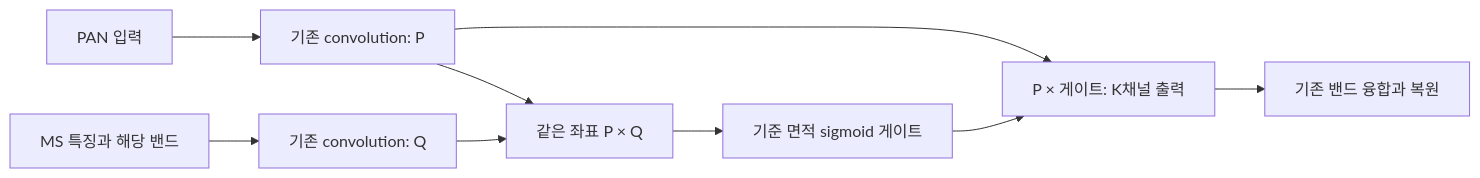
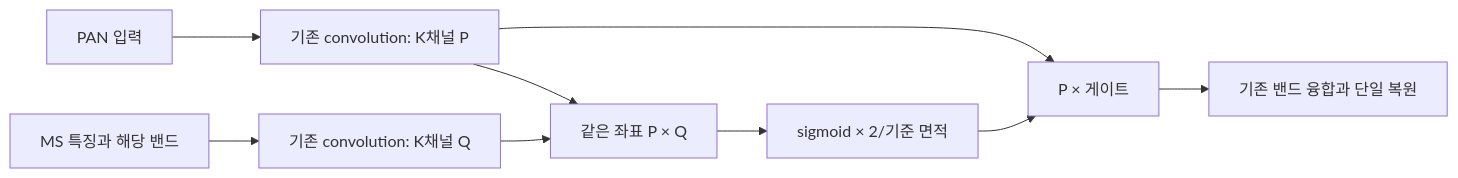
Before and after one commit to BIYONGHIYON/CtrS: the diagram in SSA-MRN/experiments/ssai/4_aligned_sigmoid_gating/README.md, drawn with Mermaid. The commit also changed other lines of this file and 65 other files, not shown here.

````diff
--- a/SSA-MRN/experiments/ssai/4_aligned_sigmoid_gating/README.md
+++ b/SSA-MRN/experiments/ssai/4_aligned_sigmoid_gating/README.md
@@ -19,11 +32,11 @@
 ```mermaid
 flowchart LR
- PAN[PAN 입력] --> P[기존 convolution: P]
- MS[MS 특징과 해당 밴드] --> Q[기존 convolution: Q]
+ PAN[PAN 입력] --> P[기존 convolution: K채널 P]
+ MS[MS 특징과 해당 밴드] --> Q[기존 convolution: K채널 Q]
  P --> Z[같은 좌표 P × Q]
  Q --> Z
- Z --> G[기준 면적 sigmoid 게이트]
- P --> O[P × 게이트: K채널 출력]
+ Z --> G[sigmoid × 2/기준 면적]
+ P --> O[P × 게이트]
  G --> O
- O --> R[기존 밴드 융합과 복원]
+ O --> R[기존 밴드 융합과 단일 복원]
 ```
````
